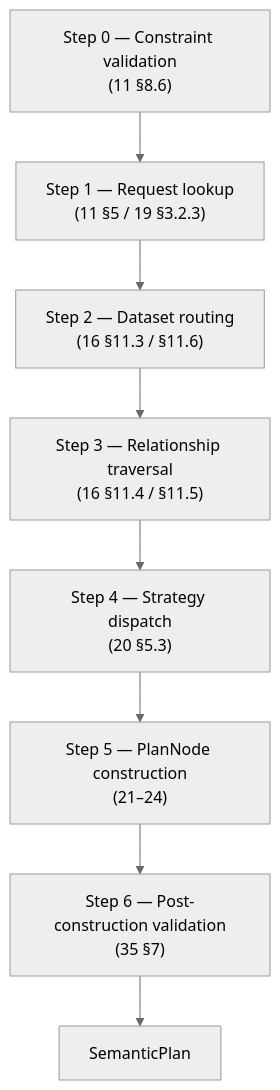
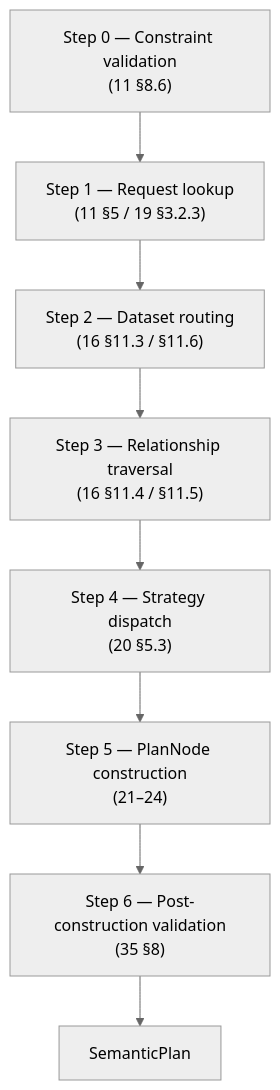
Before and after one commit to ahmetdal-funnel/semstrait: the diagram in docs/design/apis/34_semstrait_planner.md, drawn with Mermaid (neutral theme). The commit also changed other lines of this file and 34 other files, not shown here.

````diff
--- a/docs/design/apis/34_semstrait_planner.md
+++ b/docs/design/apis/34_semstrait_planner.md
@@ -559,10 +559,10 @@
 ```mermaid
 flowchart TD
     S0["Step 0 — Constraint validation<br/>(11 §8.6)"] --> S1["Step 1 — Request lookup<br/>(11 §5 / 19 §3.2.3)"]
     S1 --> S2["Step 2 — Dataset routing<br/>(16 §11.3 / §11.6)"]
     S2 --> S3["Step 3 — Relationship traversal<br/>(16 §11.4 / §11.5)"]
     S3 --> S4["Step 4 — Strategy dispatch<br/>(20 §5.3)"]
     S4 --> S5["Step 5 — PlanNode construction<br/>(21–24)"]
-    S5 --> S6["Step 6 — Post-construction validation<br/>(35 §7)"]
+    S5 --> S6["Step 6 — Post-construction validation<br/>(35 §8)"]
     S6 --> OUT[SemanticPlan]
 ```
````
